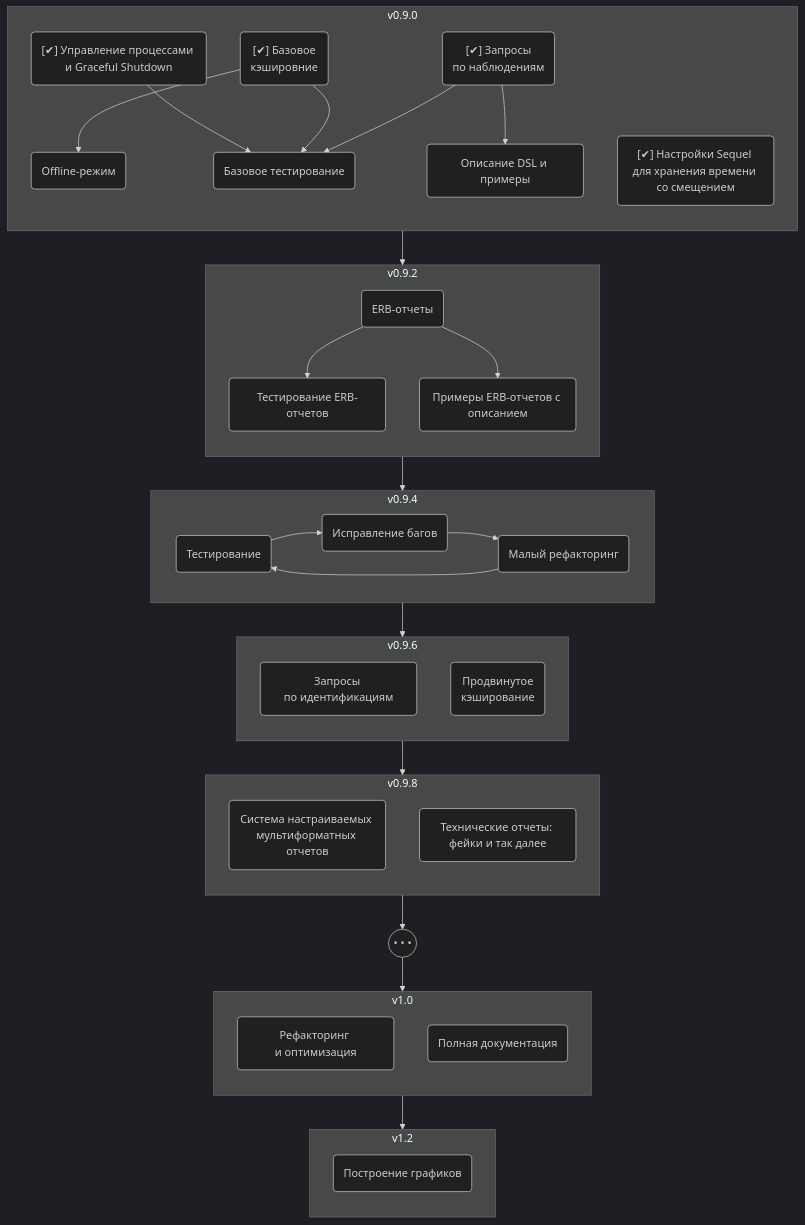
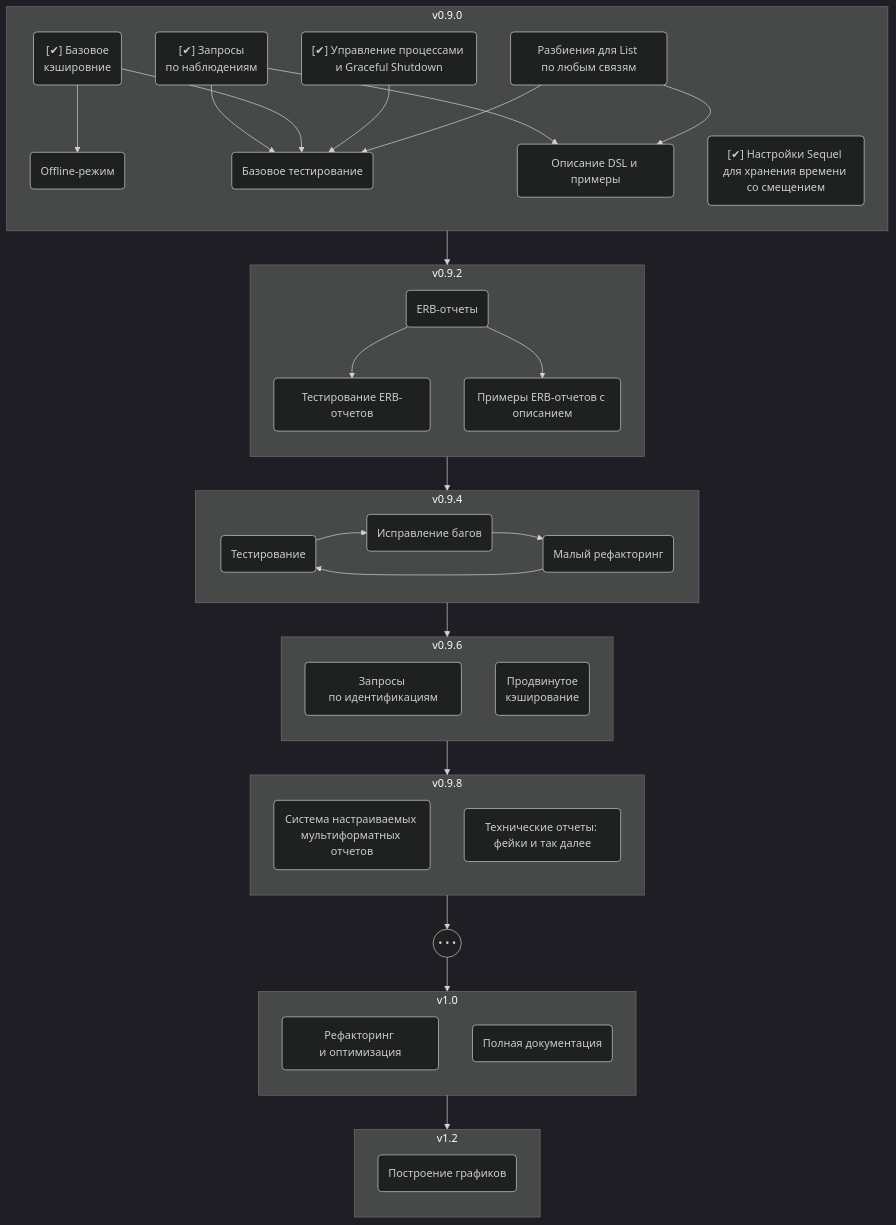
Before and after one commit to inat-get/inat-get: the diagram in share/inat-get/dev-docs/roadmap.md, drawn with Mermaid (dark theme).

Commit message:
minor in roadmap

````diff
--- a/share/inat-get/dev-docs/roadmap.md
+++ b/share/inat-get/dev-docs/roadmap.md
@@ -2,74 +2,77 @@
 ```mermaid
 flowchart TB
 
   subgraph R090 ["v0.9.0"]
     direction TB
     Observs("[✔] Запросы<br>по наблюдениям")
     Caching("[✔] Базовое<br>кэшировние")
     Shutdown("[✔] Управление процессами и Graceful Shutdown")
     Timing("[✔] Настройки Sequel для хранения времени со смещением")
+    Lists("Разбиения для List по любым связям")
     Offline("Offline-режим")
     BaseTesting("Базовое тестирование")
     BaseDoc("Описание DSL и примеры")
   end
 
   subgraph R092 ["v0.9.2"]
     direction TB
     ERB("ERB-отчеты")
     ERBTests("Тестирование ERB-отчетов")
     ERBSamples("Примеры ERB-отчетов с описанием")
   end
 
   subgraph R094 ["v0.9.4"]
     direction LR
     Testing("Тестирование")
     Debugging("Исправление багов")
     Ref1("Малый рефакторинг")
   end
 
   subgraph R096 ["v0.9.6"]
     direction TB
     Idents("Запросы по идентификациям")
     AdvCaching("Продвинутое<br>кэширование")
   end
 
   subgraph R098 ["v0.9.8"]
     direction TB
     Reporting("Система настраиваемых мультиформатных отчетов")
     TechReps("Технические отчеты: фейки и так далее")
   end
 
   Smth(("• • •"))
 
   subgraph R100 ["v1.0"]
     direction TB
     Refactoring("Рефакторинг и оптимизация")
     Documenting("Полная документация")
   end
 
   subgraph R120 ["v1.2"]
     direction TB
     Graphics("Построение графиков")
   end
 
   R090 --> R092
   R092 --> R094
   R094 --> R096
   R096 --> R098
   R098 --> Smth
   Smth --> R100
   R100 --> R120
 
   Caching --> Offline
   Observs --> BaseTesting
   Caching --> BaseTesting
   Shutdown --> BaseTesting
   Observs --> BaseDoc
+  Lists --> BaseTesting
+  Lists --> BaseDoc
 
   ERB --> ERBTests
   ERB --> ERBSamples
 
   Testing --> Debugging
   Debugging --> Ref1
   Ref1 --> Testing
 ```
````
